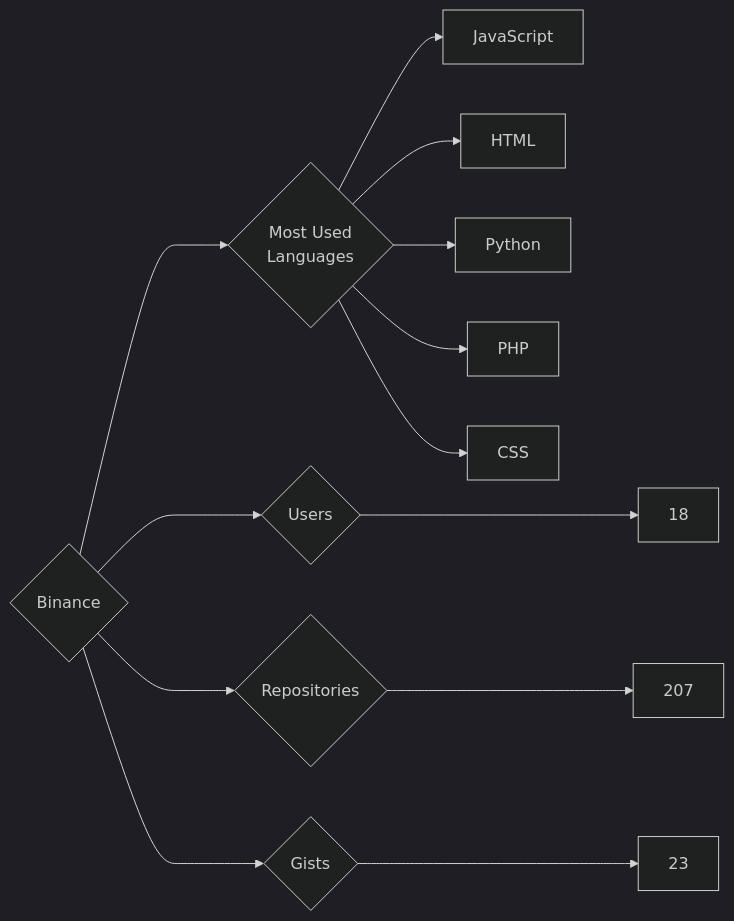
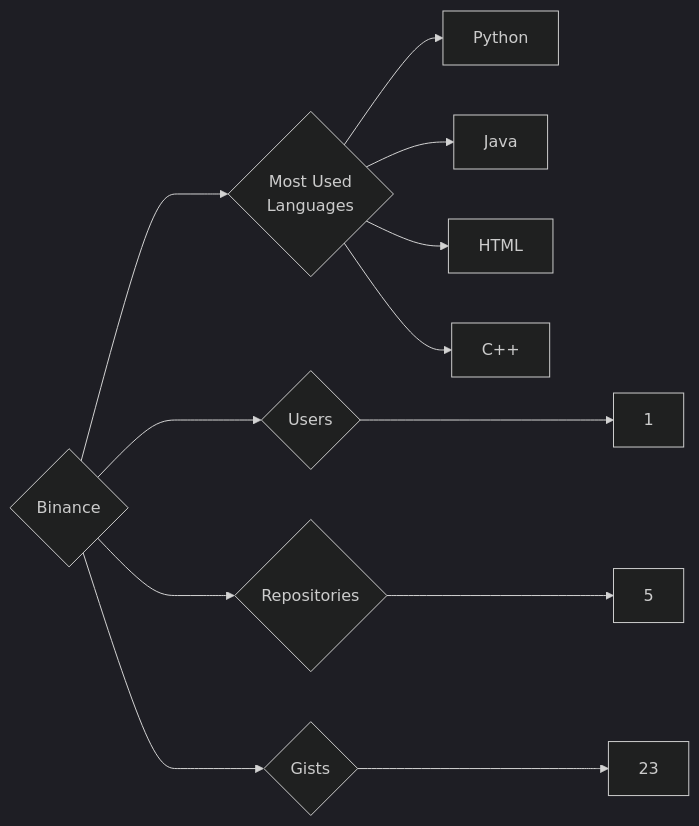
Before and after one commit to trickest/insiders: the diagram in targets/Binance/README.md, drawn with Mermaid (dark theme). The commit also changed 629 other files, not shown here.

````diff
--- a/targets/Binance/README.md
+++ b/targets/Binance/README.md
@@ -3,13 +3,12 @@
 ```mermaid
 graph LR
 COMPANY_NAME{Binance}
-COMPANY_NAME ---> U{Users} ---> UN[18]
-COMPANY_NAME ---> R{Repositories} ---> RN[207]
+COMPANY_NAME ---> U{Users} ---> UN[1]
+COMPANY_NAME ---> R{Repositories} ---> RN[5]
 COMPANY_NAME ---> G{Gists} ---> GN[23]
 COMPANY_NAME ---> ML{Most Used<br>Languages}
-ML --> JavaScript[JavaScript]
+ML --> Python[Python]
+ML --> Java[Java]
 ML --> HTML[HTML]
-ML --> Python[Python]
-ML --> PHP[PHP]
-ML --> CSS[CSS]
+ML --> C++[C++]
 ```
````
